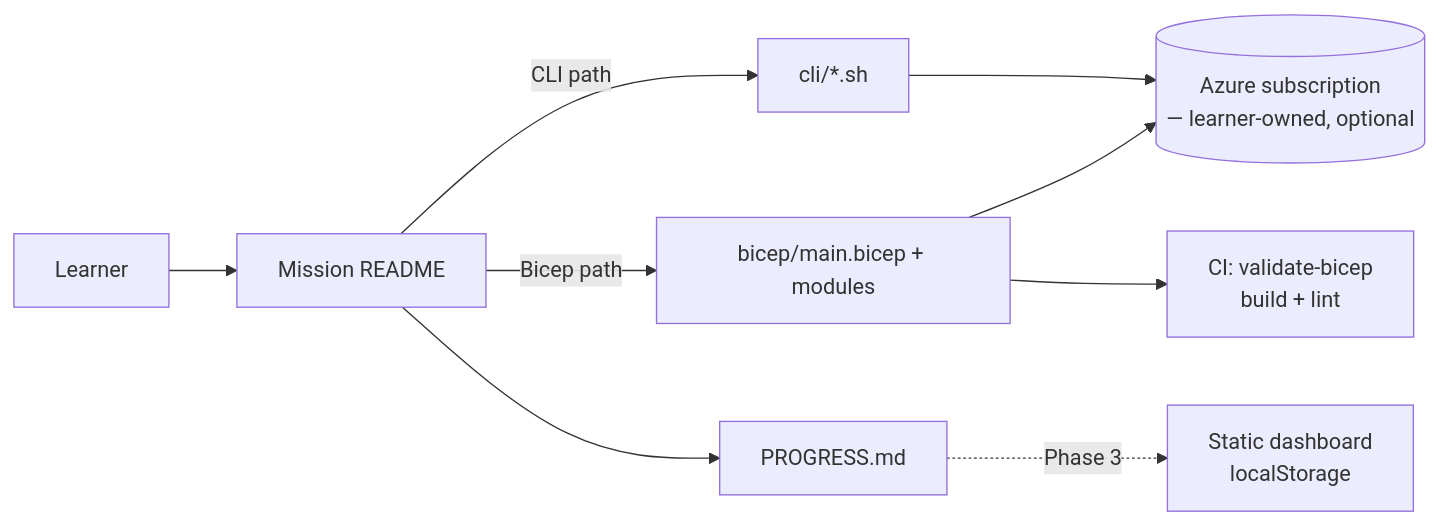
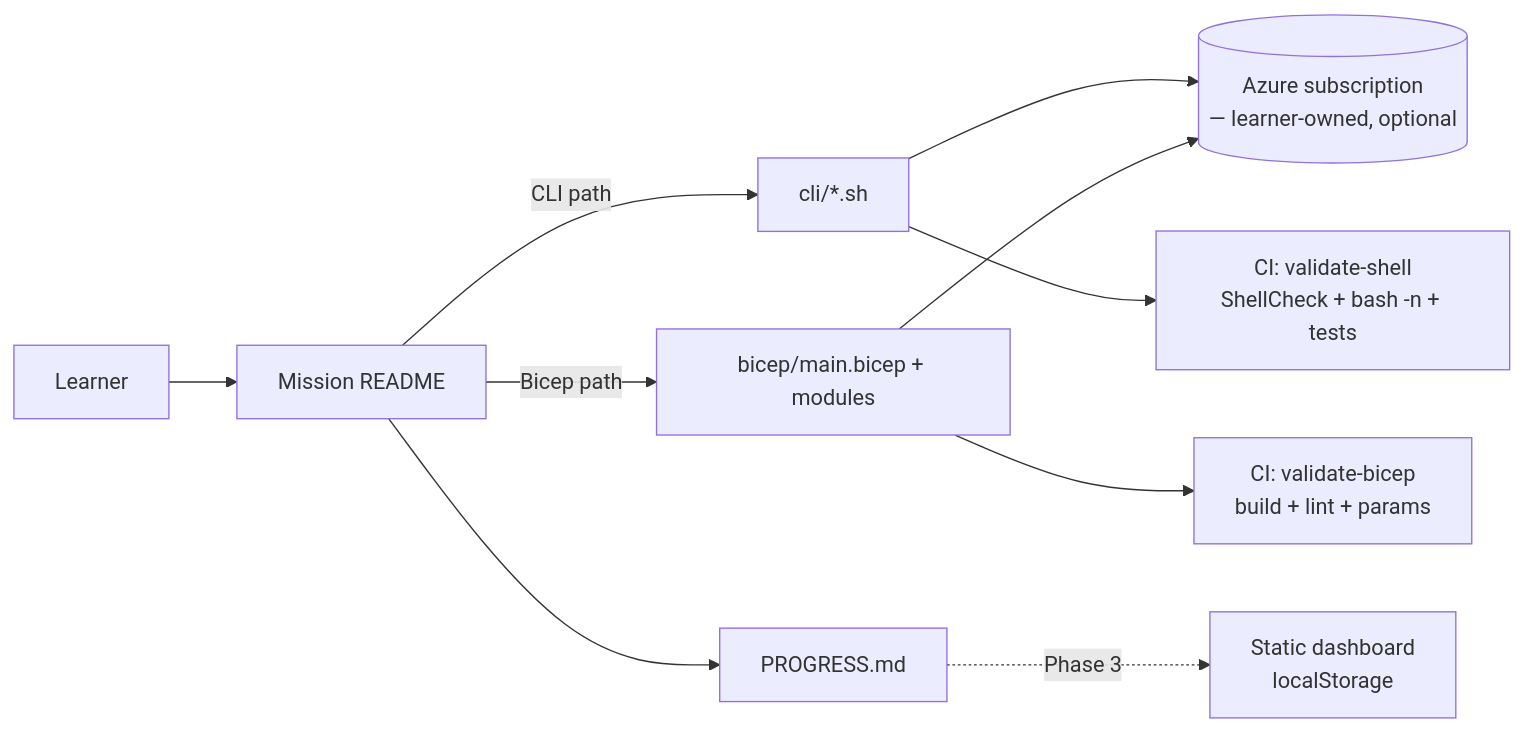
The first of 3 diagrams in docs/architecture.md (kaustubhagarwal18/azure-engineer-academy), drawn with Mermaid before and after one commit. The commit also changed other lines of this file and 10 other files, not shown here.

````diff
--- a/docs/architecture.md
+++ b/docs/architecture.md
@@ -12,11 +12,12 @@
 ```mermaid
 flowchart LR
     L[Learner] --> M[Mission README]
     M -->|CLI path| CLI[cli/*.sh]
     M -->|Bicep path| B[bicep/main.bicep + modules]
     CLI --> AZ[(Azure subscription\n— learner-owned, optional)]
     B --> AZ
-    B --> CI[CI: validate-bicep\nbuild + lint]
+    B --> CI[CI: validate-bicep\nbuild + lint + params]
+    CLI --> CIS[CI: validate-shell\nShellCheck + bash -n + tests]
     M --> P[PROGRESS.md]
     P -.Phase 3.-> D[Static dashboard\nlocalStorage]
 ```
````
